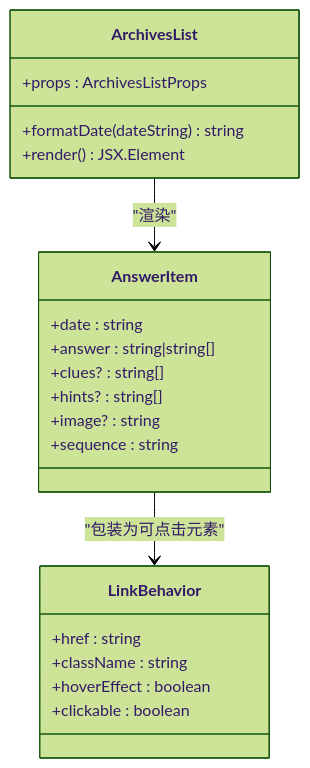
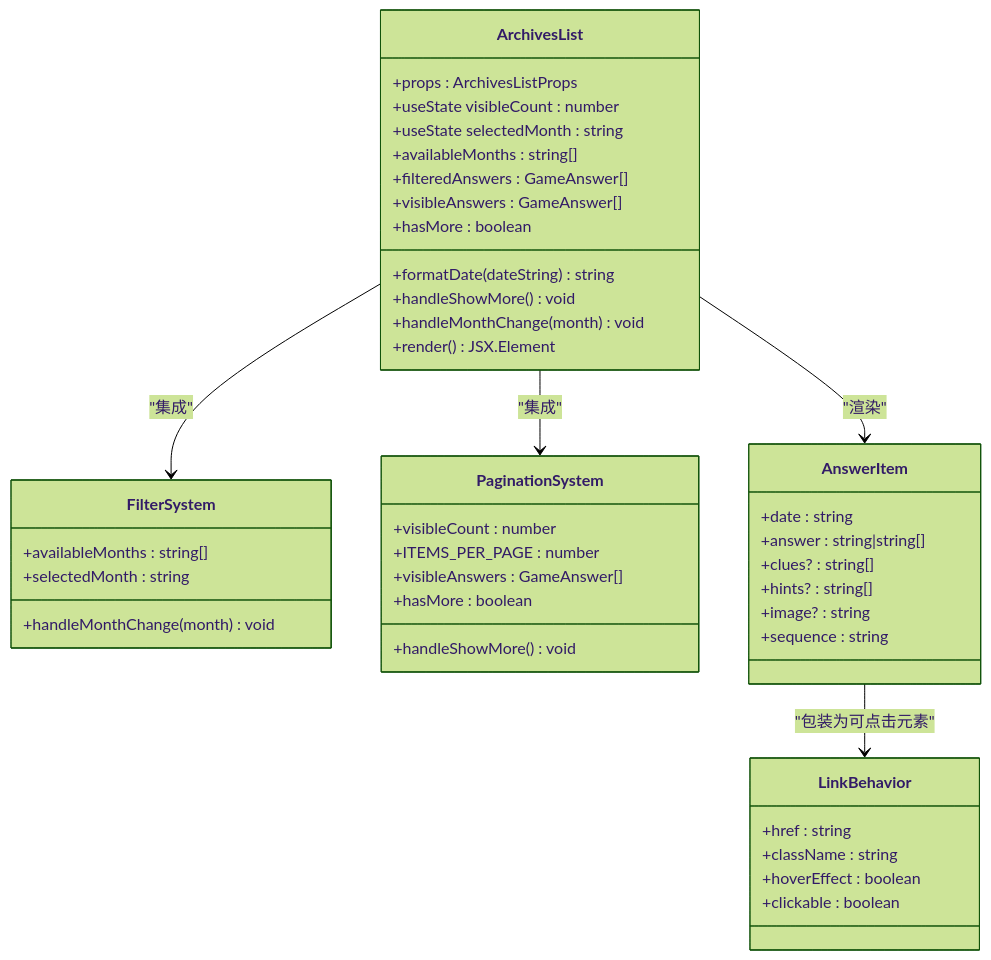
Before and after one commit to billychou/linkedin-answer: the fifth of 13 diagrams in .qoder/repowiki/zh/content/核心功能模块/游戏组件系统/ArchivesList 历史记录列表组件.md, drawn with Mermaid (forest theme). The commit also changed other lines of this file and 10 other files, not shown here.

````diff
--- a/.qoder/repowiki/zh/content/核心功能模块/游戏组件系统/ArchivesList 历史记录列表组件.md
+++ b/.qoder/repowiki/zh/content/核心功能模块/游戏组件系统/ArchivesList 历史记录列表组件.md
@@ -191,24 +200,46 @@
 ```mermaid
 classDiagram
 class ArchivesList {
 +props : ArchivesListProps
++useState visibleCount : number
++useState selectedMonth : string
 +formatDate(dateString) string
++availableMonths : string[]
++filteredAnswers : GameAnswer[]
++visibleAnswers : GameAnswer[]
++hasMore : boolean
++handleShowMore() void
++handleMonthChange(month) void
 +render() JSX.Element
+}
+class FilterSystem {
++availableMonths : string[]
++selectedMonth : string
++handleMonthChange(month) void
+}
+class PaginationSystem {
++visibleCount : number
++ITEMS_PER_PAGE : number
++visibleAnswers : GameAnswer[]
++hasMore : boolean
++handleShowMore() void
 }
 class AnswerItem {
 +date : string
 +answer : string|string[]
 +clues? : string[]
 +hints? : string[]
 +image? : string
 +sequence : string
 }
 class LinkBehavior {
 +href : string
 +className : string
 +hoverEffect : boolean
 +clickable : boolean
 }
+ArchivesList --> FilterSystem : "集成"
+ArchivesList --> PaginationSystem : "集成"
 ArchivesList --> AnswerItem : "渲染"
 AnswerItem --> LinkBehavior : "包装为可点击元素"
 ```
````
